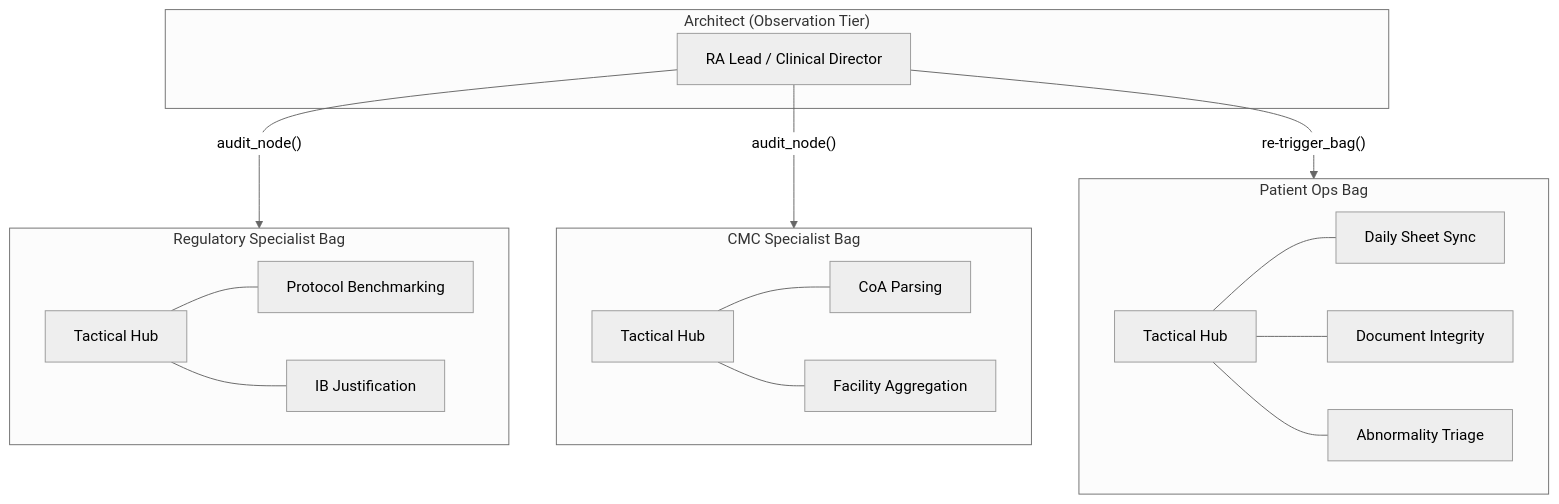
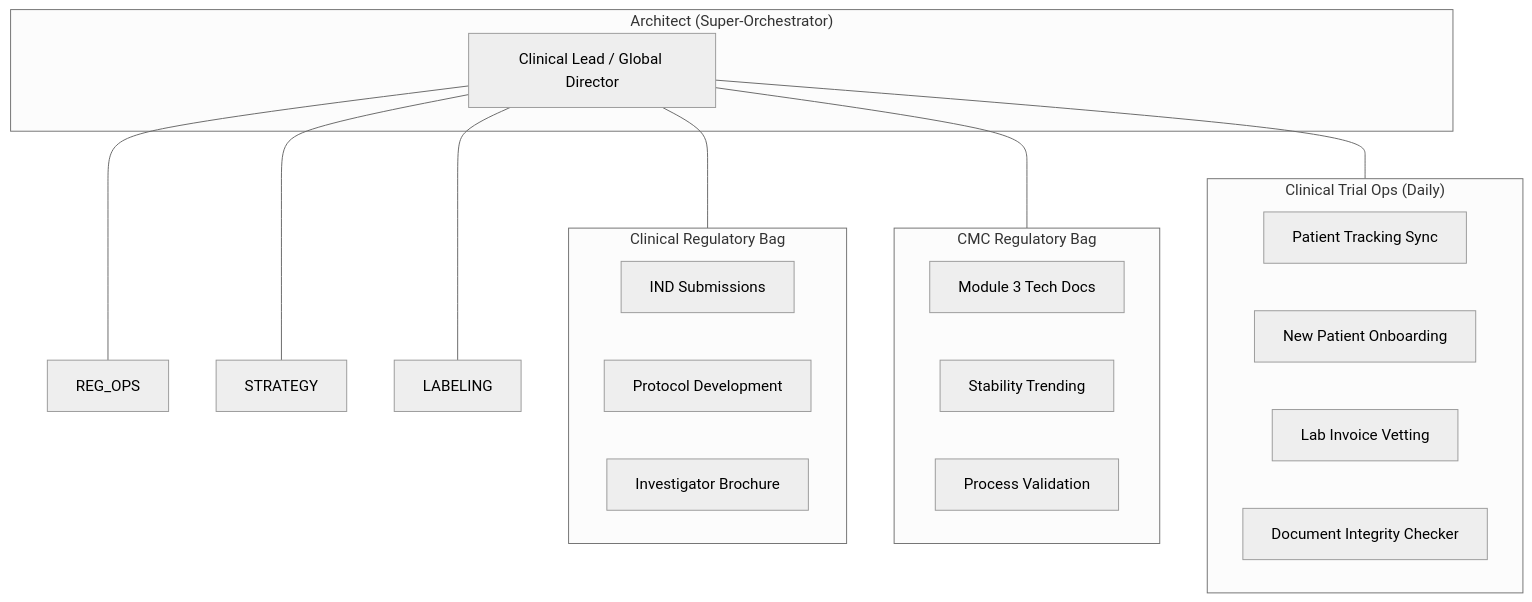
One commit to aaronjrod/clawgraph changed the diagram in examples/cto/README.md. Above: the diagram before and after it, drawn with Mermaid (neutral theme). The commit also changed other lines of this file and 25 other files, not shown here.

Commit message:
docs: massive expansion of CTO expert suite with 6-bag architecture and 20+ skills

````diff
--- a/examples/cto/README.md
+++ b/examples/cto/README.md
@@ -8,36 +8,32 @@
 ```mermaid
 graph TD
-    subgraph "Architect (Observation Tier)"
-        SO[RA Lead / Clinical Director]
+    subgraph "Architect (Super-Orchestrator)"
+        SO[Clinical Lead / Global Director]
     end
 
-    SO -- "audit_node()" --> REG_BAG
-    SO -- "audit_node()" --> CMC_BAG
-    SO -- "re-trigger_bag()" --> OPS_BAG
+    SO --- CLIN_REG
+    SO --- CMC_REG
+    SO --- CLIN_OPS
+    SO --- REG_OPS
+    SO --- STRATEGY
+    SO --- LABELING
 
-    subgraph REG_BAG ["Regulatory Specialist Bag"]
-        OR_REG[Tactical Hub]
-        N_REG1[Protocol Benchmarking]
-        N_REG2[IB Justification]
-        OR_REG --- N_REG1
-        OR_REG --- N_REG2
+    subgraph CLIN_REG ["Clinical Regulatory Bag"]
+        IND[IND Submissions]
+        PROT[Protocol Development]
+        IB[Investigator Brochure]
     end
 
-    subgraph CMC_BAG ["CMC Specialist Bag"]
-        OR_CMC[Tactical Hub]
-        N_CMC1[CoA Parsing]
-        N_CMC2[Facility Aggregation]
-        OR_CMC --- N_CMC1
-        OR_CMC --- N_CMC2
+    subgraph CMC_REG ["CMC Regulatory Bag"]
+        MOD3[Module 3 Tech Docs]
+        STAB[Stability Trending]
+        VAL[Process Validation]
     end
 
-    subgraph OPS_BAG ["Patient Ops Bag"]
-        OR_OPS[Tactical Hub]
-        N_OPS1[Daily Sheet Sync]
-        N_OPS2[Document Integrity]
-        N_OPS3[Abnormality Triage]
-        OR_OPS --- N_OPS1
-        OR_OPS --- N_OPS2
-        OR_OPS --- N_OPS3
+    subgraph CLIN_OPS ["Clinical Trial Ops (Daily)"]
+        SYNC[Patient Tracking Sync]
+        ONB[New Patient Onboarding]
+        INV[Lab Invoice Vetting]
+        INT[Document Integrity Checker]
     end
 ```
````
